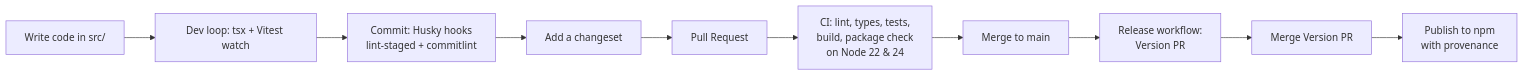
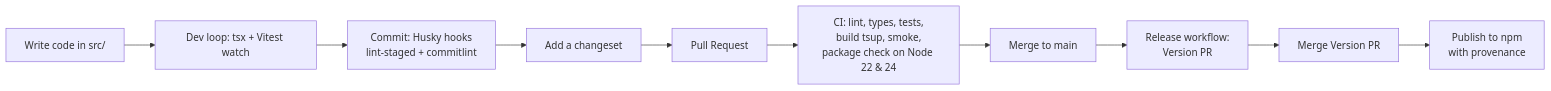
One commit to rlopc/typescript_library_seed changed the first of 4 diagrams in docs/PROJECT_GUIDE.md. Above: the diagram before and after it, drawn with Mermaid. The commit also changed other lines of this file and 15 other files, not shown here.

````diff
--- a/docs/PROJECT_GUIDE.md
+++ b/docs/PROJECT_GUIDE.md
@@ -55,12 +66,12 @@
 ```mermaid
 flowchart LR
     A[Write code in src/] --> B[Dev loop: tsx + Vitest watch]
     B --> C[Commit: Husky hooks<br/>lint-staged + commitlint]
     C --> D[Add a changeset]
     D --> E[Pull Request]
-    E --> F[CI: lint, types, tests,<br/>build, package check<br/>on Node 22 & 24]
+    E --> F[CI: lint, types, tests,<br/>build tsup, smoke,<br/>package check on Node 22 & 24]
     F --> G[Merge to main]
     G --> H[Release workflow:<br/>Version PR]
     H --> I[Merge Version PR]
     I --> J[Publish to npm<br/>with provenance]
 ```
````
